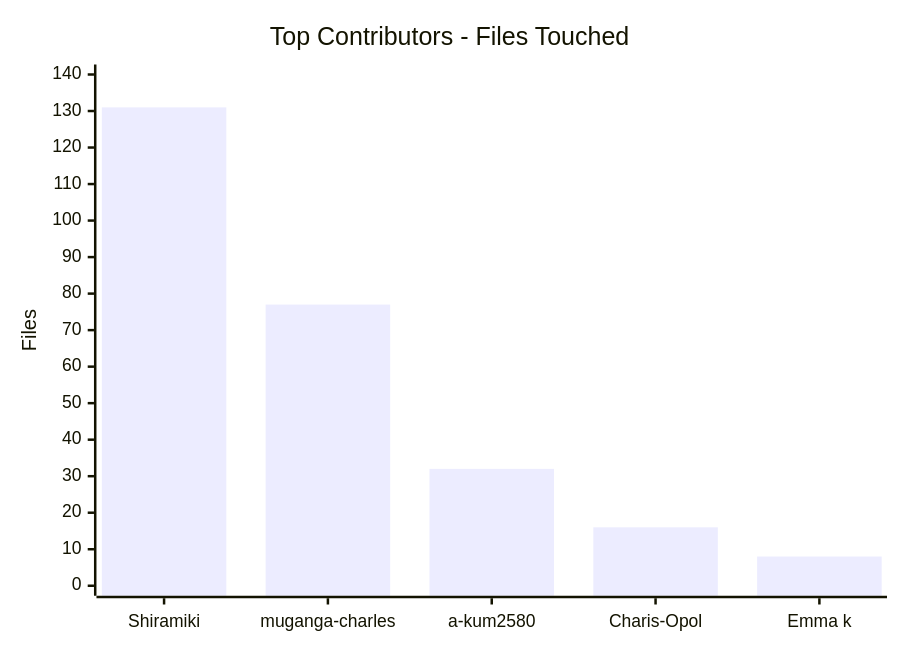
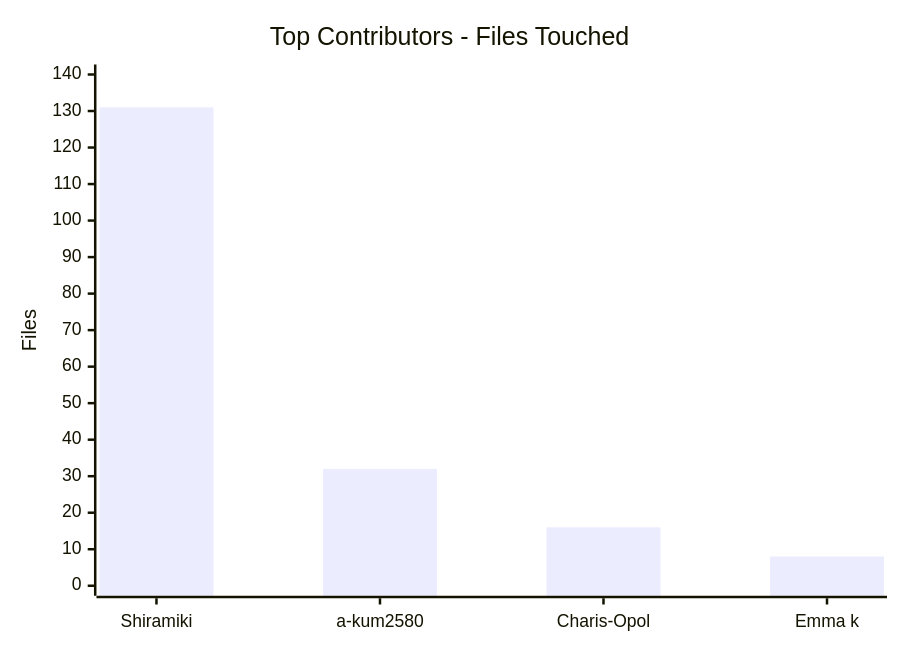
Before and after one commit to a-kum2580/project-based-exam: the second of 3 diagrams in CONTRIBUTIONS.md, drawn with Mermaid. The commit also changed other lines of this file, not shown here.

````diff
--- a/CONTRIBUTIONS.md
+++ b/CONTRIBUTIONS.md
@@ -29,7 +31,7 @@
 ```mermaid
 xychart-beta
   title "Top Contributors - Files Touched"
-  x-axis ["Shiramiki", "muganga-charles", "a-kum2580", "Charis-Opol", "Emma k"]
+  x-axis ["Shiramiki", "a-kum2580", "Charis-Opol", "Emma k"]
   y-axis "Files" 0 --> 140
-  bar [131, 77, 32, 16, 8]
+  bar [131,32, 16, 8]
 ```
````
